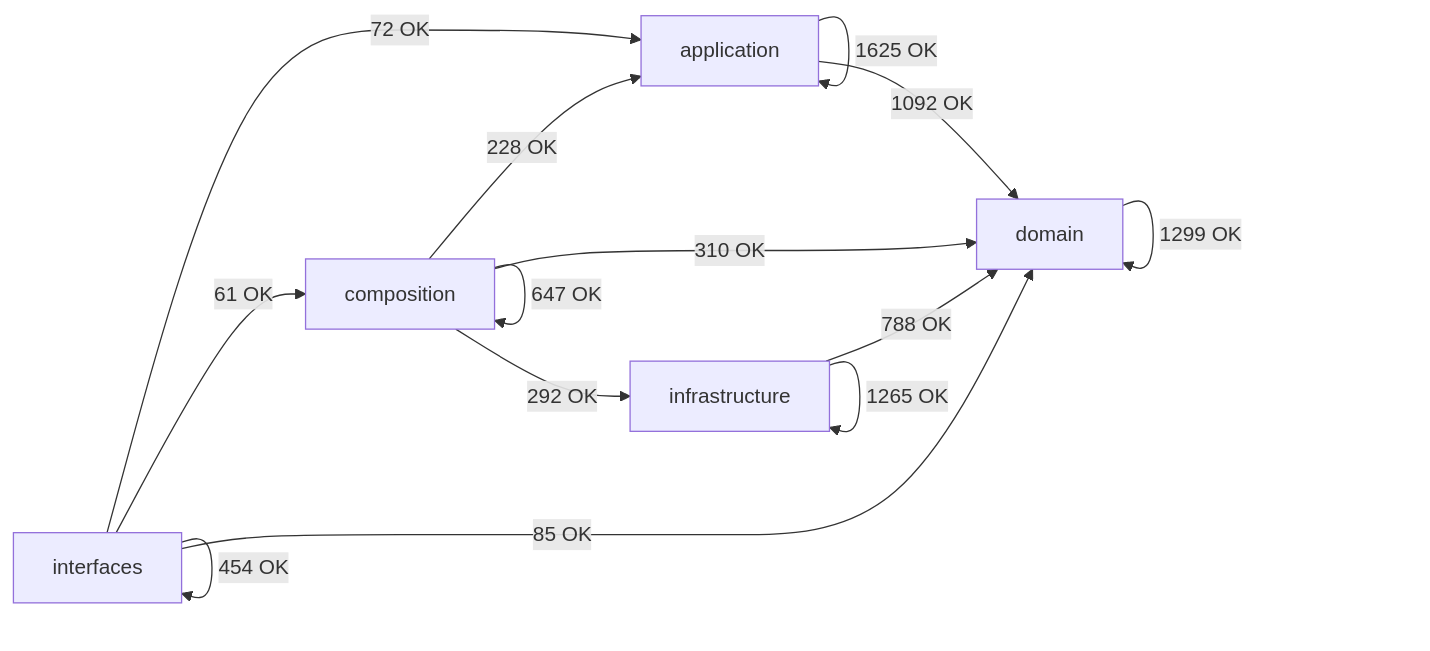
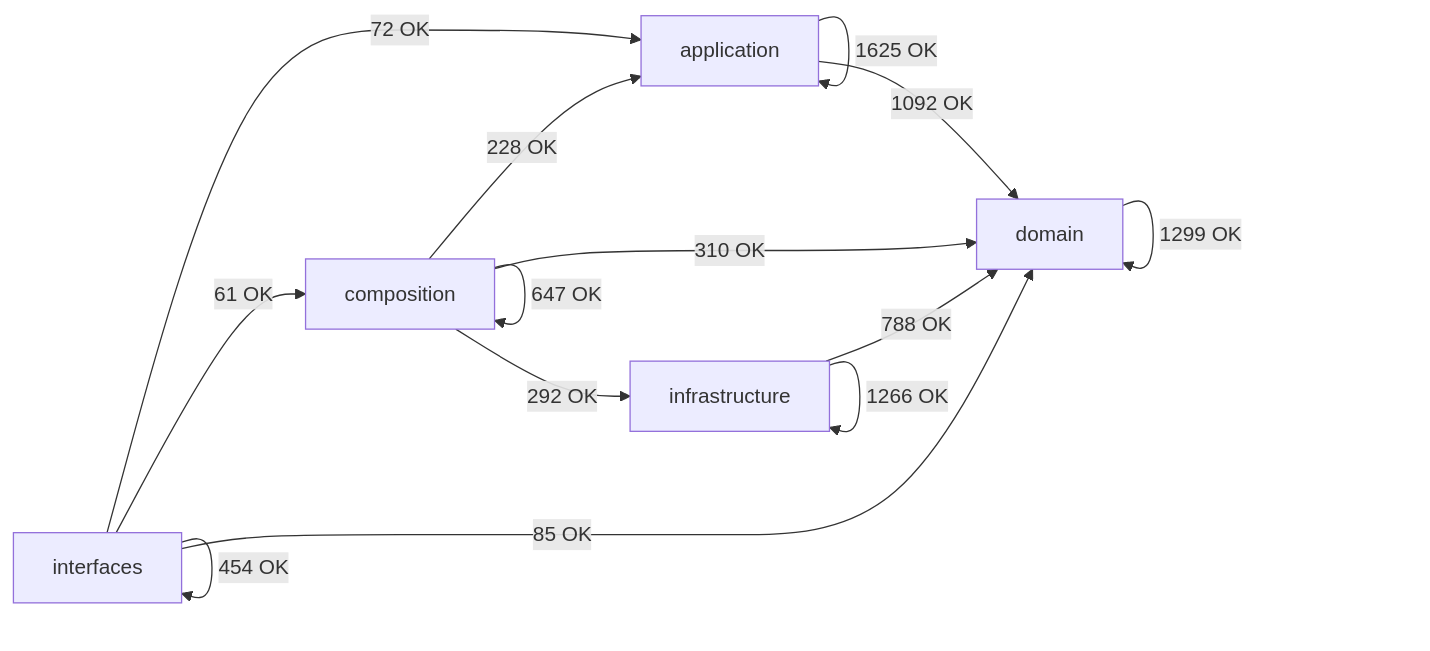
The diagram in docs/02-architecture/generated/module-dependency-map.md (SatoryKono/BioactivityDataAcquisition), drawn with Mermaid before and after one commit. The commit also changed other lines of this file and 10 other files, not shown here.

````diff
--- a/docs/02-architecture/generated/module-dependency-map.md
+++ b/docs/02-architecture/generated/module-dependency-map.md
@@ -17,21 +17,21 @@
 ```mermaid
 flowchart LR
     domain[domain]
     application[application]
     infrastructure[infrastructure]
     composition[composition]
     interfaces[interfaces]
     application -->|1625 OK| application
     application -->|1092 OK| domain
     composition -->|228 OK| application
     composition -->|647 OK| composition
     composition -->|310 OK| domain
     composition -->|292 OK| infrastructure
     domain -->|1299 OK| domain
     infrastructure -->|788 OK| domain
-    infrastructure -->|1265 OK| infrastructure
+    infrastructure -->|1266 OK| infrastructure
     interfaces -->|72 OK| application
     interfaces -->|61 OK| composition
     interfaces -->|85 OK| domain
     interfaces -->|454 OK| interfaces
 ```
````
